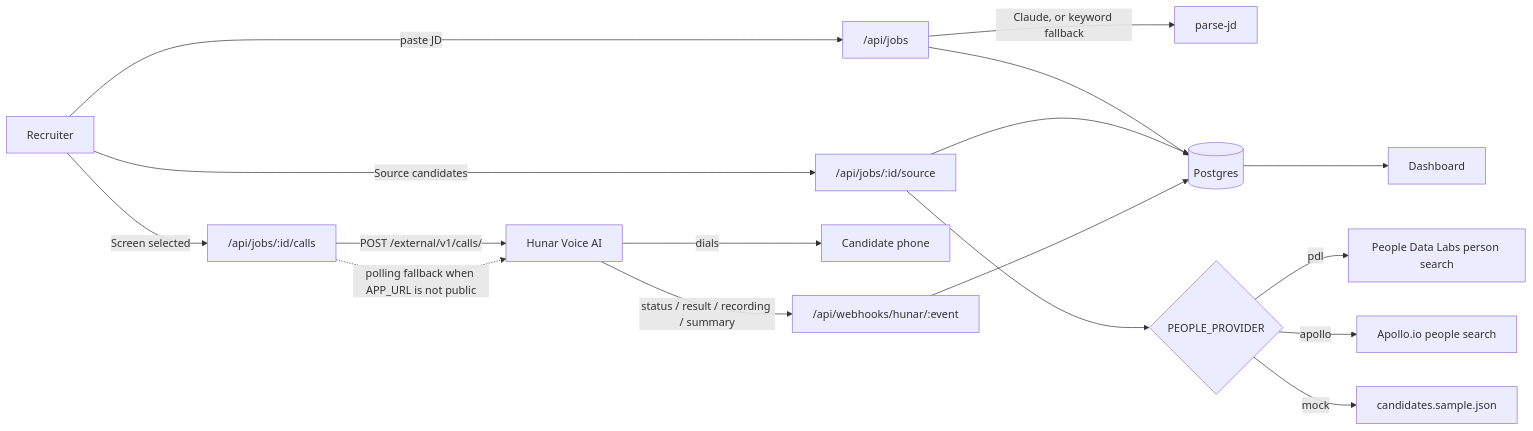
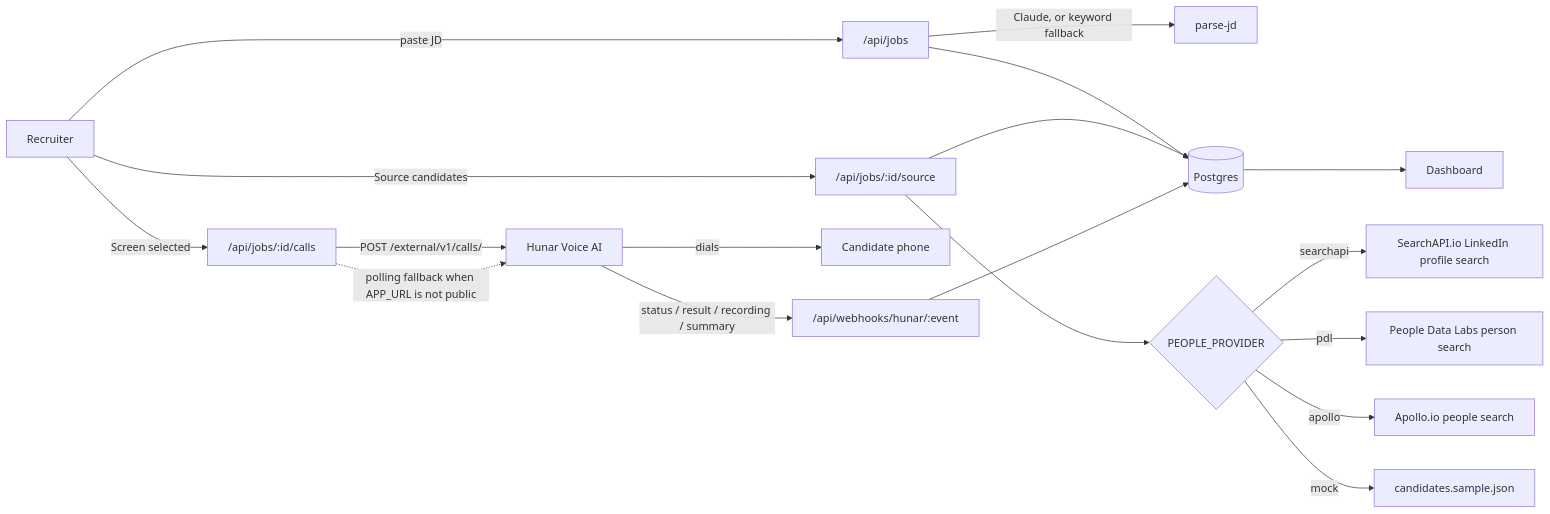
Before and after one commit to anshikmantri77/ai-hiring-assistant: the diagram in README.md, drawn with Mermaid. The commit also changed other lines of this file and 7 other files, not shown here.

First line of the commit message:
Add SearchAPI.io provider and support candidates without a phone number

````diff
--- a/README.md
+++ b/README.md
@@ -15,21 +15,22 @@
 ```mermaid
 flowchart LR
   U[Recruiter] -->|paste JD| A["/api/jobs"]
   A -->|Claude, or keyword fallback| P[parse-jd]
   A --> DB[(Postgres)]
 
   U -->|Source candidates| S["/api/jobs/:id/source"]
   S --> PS{PEOPLE_PROVIDER}
+  PS -->|searchapi| SA[SearchAPI.io LinkedIn profile search]
   PS -->|pdl| PD[People Data Labs person search]
   PS -->|apollo| AP[Apollo.io people search]
   PS -->|mock| MK[candidates.sample.json]
   S --> DB
 
   U -->|Screen selected| C["/api/jobs/:id/calls"]
   C -->|POST /external/v1/calls/| H[Hunar Voice AI]
   H -->|dials| CAND[Candidate phone]
   H -->|status / result / recording / summary| W["/api/webhooks/hunar/:event"]
   W --> DB
   C -.->|polling fallback when APP_URL is not public| H
   DB --> D[Dashboard]
 ```
````
